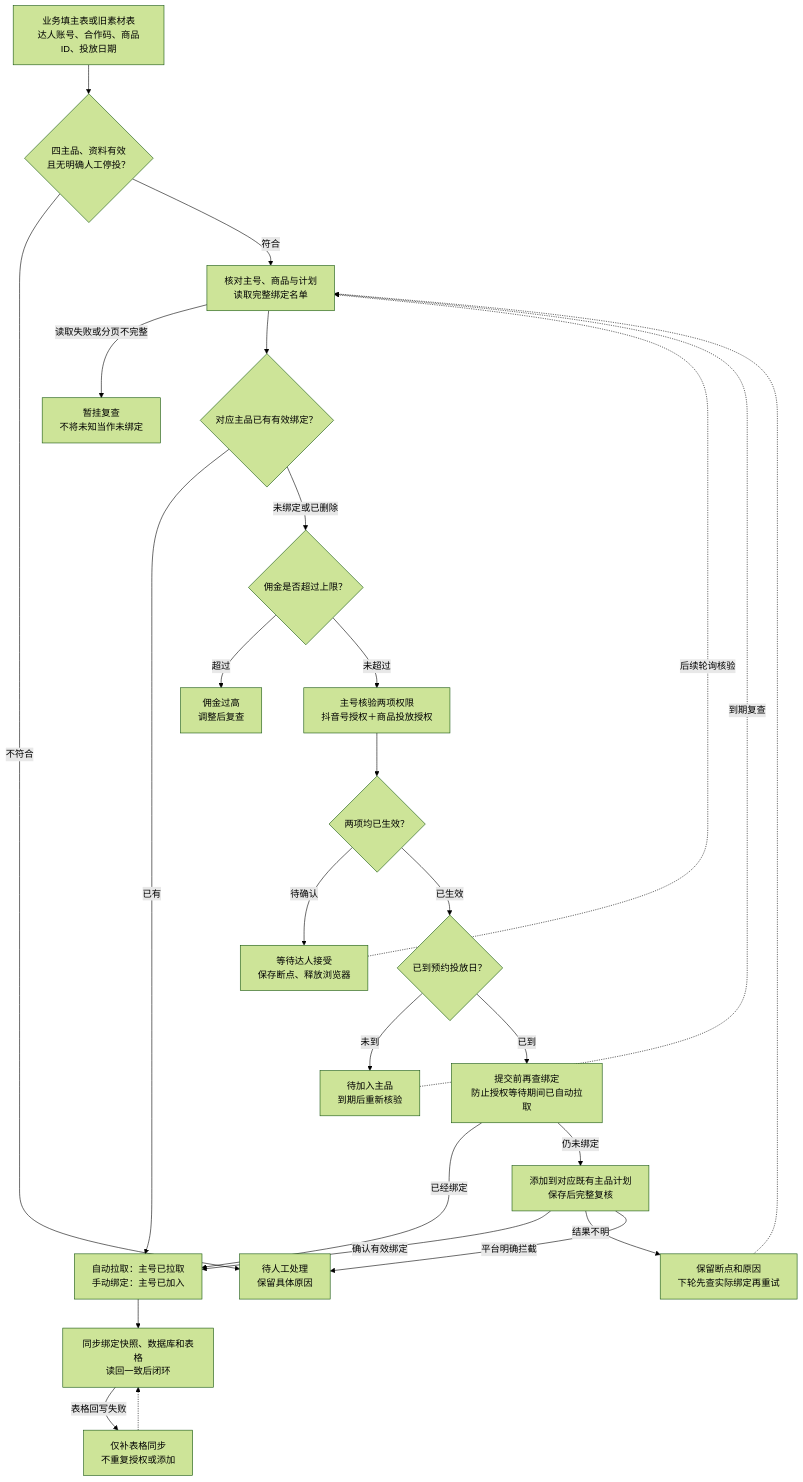
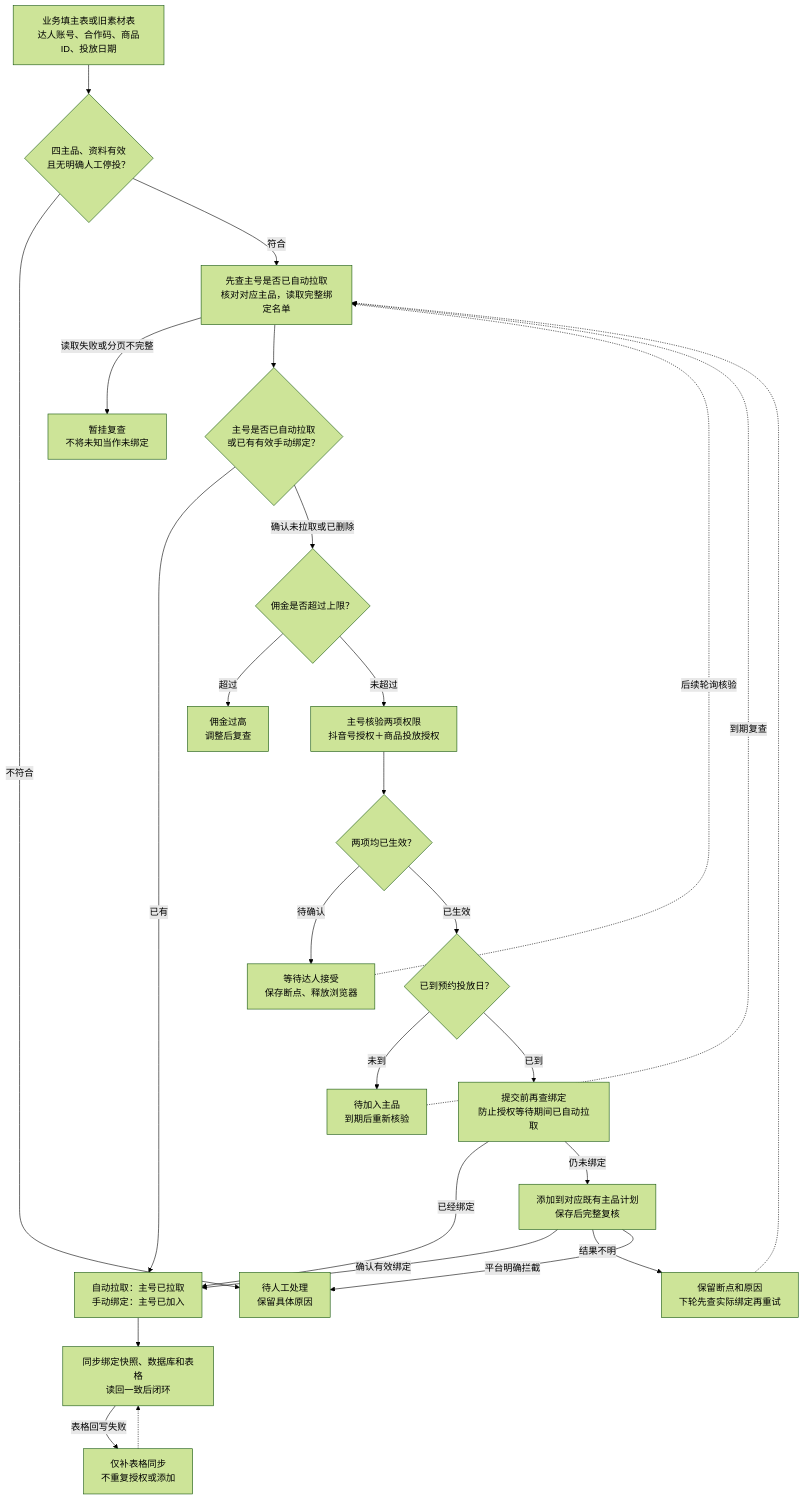
One commit to SorrorW/touliu-automation changed the diagram in docs/main-account-migration/shareable-flow/README.md. Above: the diagram before and after it, drawn with Mermaid (forest theme). The commit also changed other lines of this file and 4 other files, not shown here.

````diff
--- a/docs/main-account-migration/shareable-flow/README.md
+++ b/docs/main-account-migration/shareable-flow/README.md
@@ -22,28 +24,28 @@
 ```mermaid
 flowchart TD
     A[业务填主表或旧素材表<br/>达人账号、合作码、商品ID、投放日期] --> B{四主品、资料有效<br/>且无明确人工停投？}
     B -->|不符合| M[待人工处理<br/>保留具体原因]
-    B -->|符合| C[核对主号、商品与计划<br/>读取完整绑定名单]
+    B -->|符合| C[先查主号是否已自动拉取<br/>核对对应主品，读取完整绑定名单]
     C -->|读取失败或分页不完整| X[暂挂复查<br/>不将未知当作未绑定]
-    C --> D{对应主品已有有效绑定？}
+    C --> D{主号是否已自动拉取<br/>或已有有效手动绑定？}
     D -->|已有| K[自动拉取：主号已拉取<br/>手动绑定：主号已加入]
-    D -->|未绑定或已删除| E{佣金是否超过上限？}
+    D -->|确认未拉取或已删除| E{佣金是否超过上限？}
     E -->|超过| R[佣金过高<br/>调整后复查]
     E -->|未超过| F[主号核验两项权限<br/>抖音号授权＋商品投放授权]
     F --> G{两项均已生效？}
     G -->|待确认| W[等待达人接受<br/>保存断点、释放浏览器]
     W -.->|后续轮询核验| C
     G -->|已生效| H{已到预约投放日？}
     H -->|未到| Q[待加入主品<br/>到期后重新核验]
     Q -.->|到期复查| C
     H -->|已到| I[提交前再查绑定<br/>防止授权等待期间已自动拉取]
     I -->|已经绑定| K
     I -->|仍未绑定| J[添加到对应既有主品计划<br/>保存后完整复核]
     J -->|确认有效绑定| K
     J -->|结果不明| T[保留断点和原因<br/>下轮先查实际绑定再重试]
     T -.-> C
     J -->|平台明确拦截| M
     K --> L[同步绑定快照、数据库和表格<br/>读回一致后闭环]
     L -->|表格回写失败| S[仅补表格同步<br/>不重复授权或添加]
     S -.-> L
 ```
````
